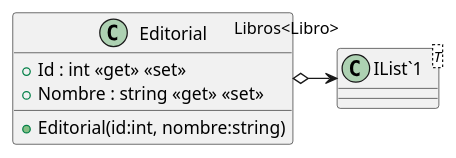
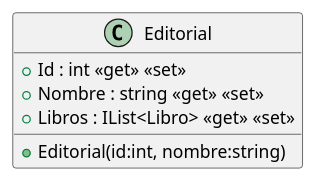
Before and after one commit to ISII2627LosElnes/ISII2627LosElnes: the diagram in src/AppForSEII.API/ClassDiagram/Editorial.puml, drawn with PlantUML. The commit also changed 12 other files, not shown here.

```diff
--- a/src/AppForSEII.API/ClassDiagram/Editorial.puml
+++ b/src/AppForSEII.API/ClassDiagram/Editorial.puml
@@ -1,10 +1,8 @@
 @startuml
 class Editorial {
     + Editorial(id:int, nombre:string)
     + Id : int <<get>> <<set>>
     + Nombre : string <<get>> <<set>>
+    + Libros : IList<Libro> <<get>> <<set>>
 }
-class "IList`1"<T> {
-}
-Editorial o-> "Libros<Libro>" "IList`1"
 @enduml
```
